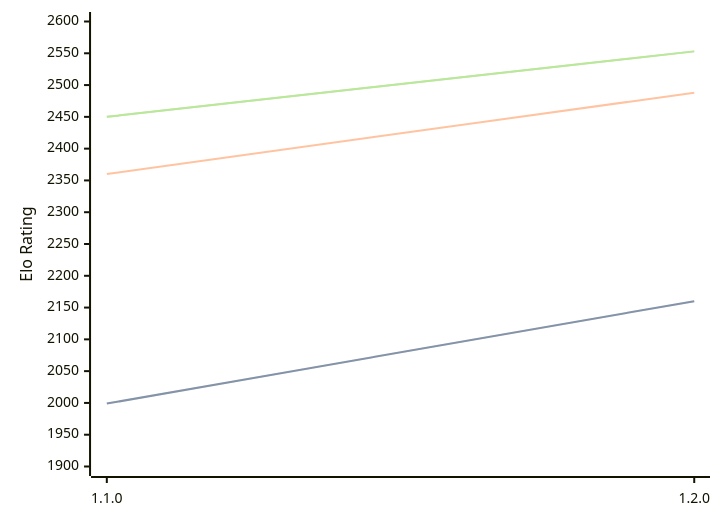
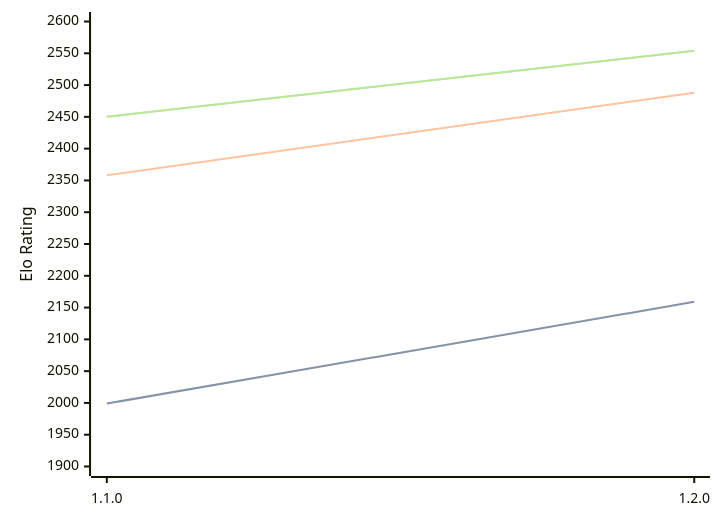
The diagram in engines/Gyatso.md (computer-chess-index/cci), drawn with Mermaid before and after one commit. The commit also changed other lines of this file, not shown here.

Commit message:
Update CCI Ratings (ELO VLTC) - 2026-03-15

````diff
--- a/engines/Gyatso.md
+++ b/engines/Gyatso.md
@@ -31,11 +31,11 @@
 ```mermaid
 %%{init: {"theme":"base","themeVariables":{"seriesColors:['#a3a3a3','#222221','#faa371']}}}%%
 xychart-beta
   x-axis ["1.1.0", "1.2.0"]
   y-axis "Elo Rating" 1900 --> 2600
-  line "STC (8.0+0.08s)" [1999, 2160]
-  line "STC (8.0+0.08s)" [1999, 2160]
-  line "LTC (60.0+0.60s)" [2360, 2488]
-  line "VLTC (2m24s+1.12s)" [2450, 2553]
-  line "VLTC (2m24s+1.12s)" [2450, 2553]
+  line "STC (8.0+0.08s)" [1999, 2159]
+  line "STC (8.0+0.08s)" [1999, 2159]
+  line "LTC (60.0+0.60s)" [2358, 2488]
+  line "VLTC (2m24s+1.12s)" [2450, 2554]
+  line "VLTC (2m24s+1.12s)" [2450, 2554]
 ```
````
